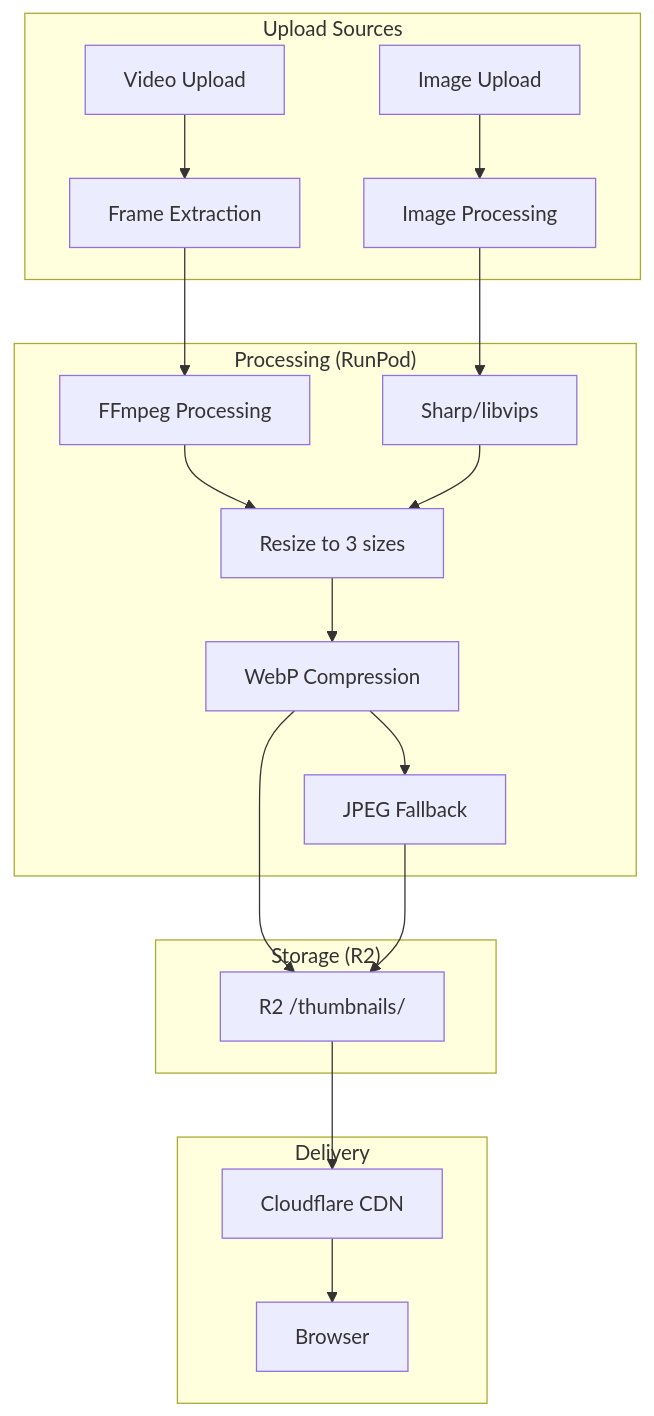
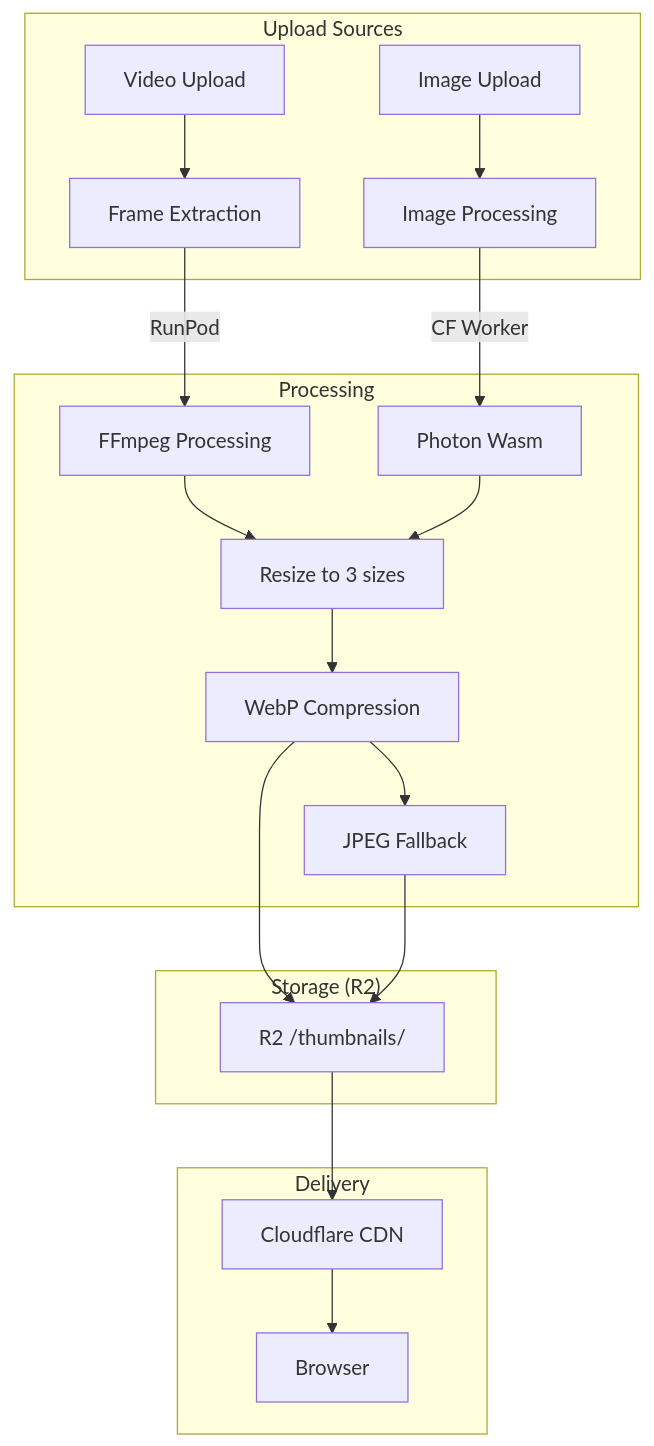
One commit to brucemckayone/codex changed the first of 2 diagrams in design/IMAGE_PROCESSING_PIPELINE.md. Above: the diagram before and after it, drawn with Mermaid. The commit also changed other lines of this file and 2 other files, not shown here.

````diff
--- a/design/IMAGE_PROCESSING_PIPELINE.md
+++ b/design/IMAGE_PROCESSING_PIPELINE.md
@@ -34,26 +34,26 @@
 ```mermaid
 graph TB
     subgraph "Upload Sources"
         VU[Video Upload] --> Extract[Frame Extraction]
         IU[Image Upload] --> Process[Image Processing]
     end
 
-    subgraph "Processing (RunPod)"
-        Extract --> FFmpeg[FFmpeg Processing]
-        Process --> Sharp[Sharp/libvips]
+    subgraph "Processing"
+        Extract -->|RunPod| FFmpeg[FFmpeg Processing]
+        Process -->|CF Worker| Photon[Photon Wasm]
         FFmpeg --> Resize[Resize to 3 sizes]
-        Sharp --> Resize
+        Photon --> Resize
         Resize --> Compress[WebP Compression]
         Compress --> JPEG[JPEG Fallback]
     end
 
     subgraph "Storage (R2)"
         Compress --> R2W[R2 /thumbnails/]
         JPEG --> R2W
     end
 
     subgraph "Delivery"
         R2W --> CDN[Cloudflare CDN]
         CDN --> Browser[Browser]
     end
 ```
````
